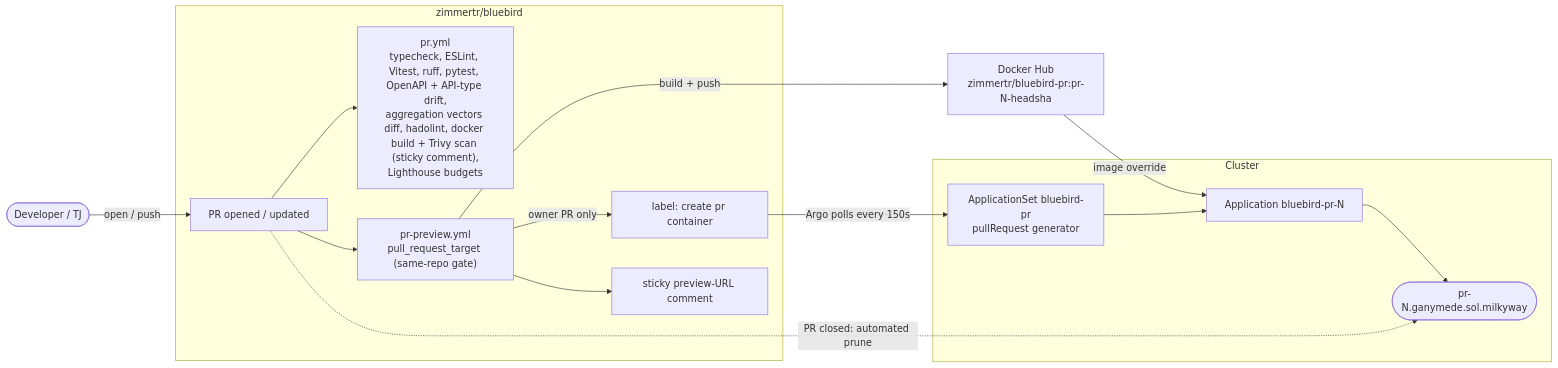
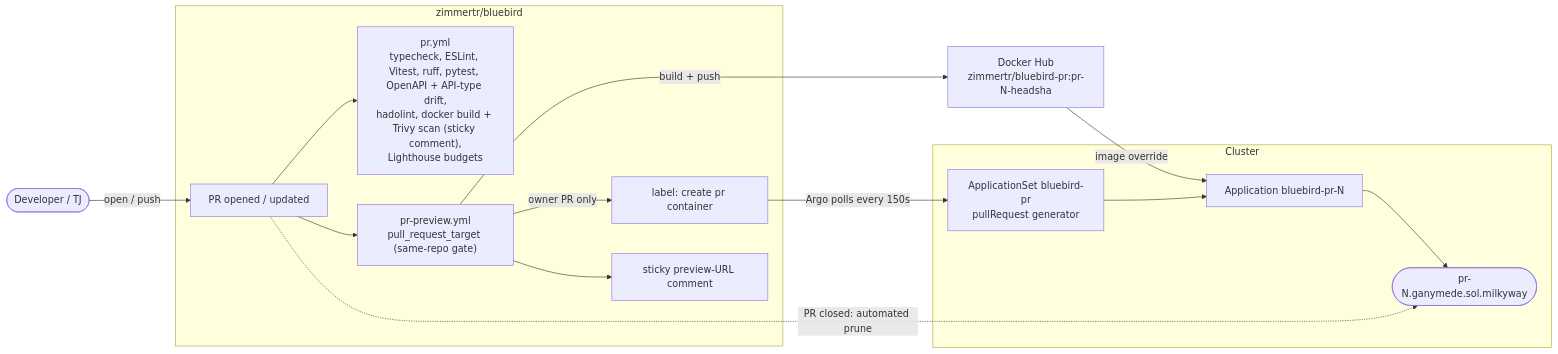
One commit to zimmertr/bluebird changed the fourth of 6 diagrams in docs/CICD.md. Above: the diagram before and after it, drawn with Mermaid. The commit also changed other lines of this file and 18 other files, not shown here.

````diff
--- a/docs/CICD.md
+++ b/docs/CICD.md
@@ -663,32 +668,32 @@
 ```mermaid
 flowchart LR
     dev(["Developer / TJ"])
 
     subgraph BB["zimmertr/bluebird"]
         pr["PR opened / updated"]
-        checks["pr.yml<br/>typecheck, ESLint, Vitest, ruff, pytest, OpenAPI + API-type drift,<br/>aggregation vectors diff, hadolint, docker build + Trivy scan (sticky comment),<br/>Lighthouse budgets"]
+        checks["pr.yml<br/>typecheck, ESLint, Vitest, ruff, pytest, OpenAPI + API-type drift,<br/>hadolint, docker build + Trivy scan (sticky comment),<br/>Lighthouse budgets"]
         preview["pr-preview.yml<br/>pull_request_target (same-repo gate)"]
         label["label: create pr container"]
         comment["sticky preview-URL comment"]
     end
 
     dhpr["Docker Hub<br/>zimmertr/bluebird-pr:pr-N-headsha"]
 
     subgraph CL["Cluster"]
         appset["ApplicationSet bluebird-pr<br/>pullRequest generator"]
         app["Application bluebird-pr-N"]
         env(["pr-N.ganymede.sol.milkyway"])
     end
 
     dev -->|open / push| pr
     pr --> checks
     pr --> preview
     preview -->|build + push| dhpr
     preview -->|owner PR only| label
     preview --> comment
     label -->|Argo polls every 150s| appset
     appset --> app
     dhpr -->|image override| app
     app --> env
     pr -.->|PR closed: automated prune| env
 ```
````
